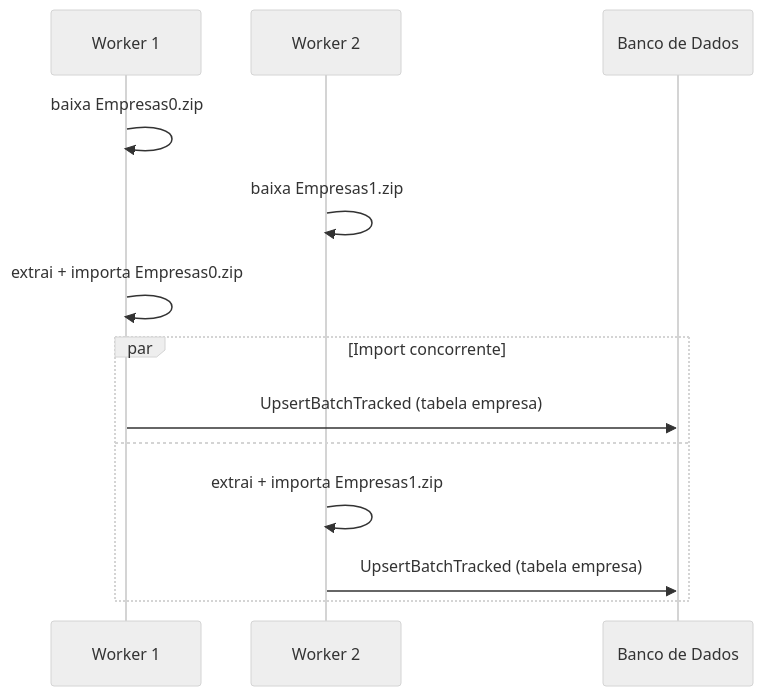
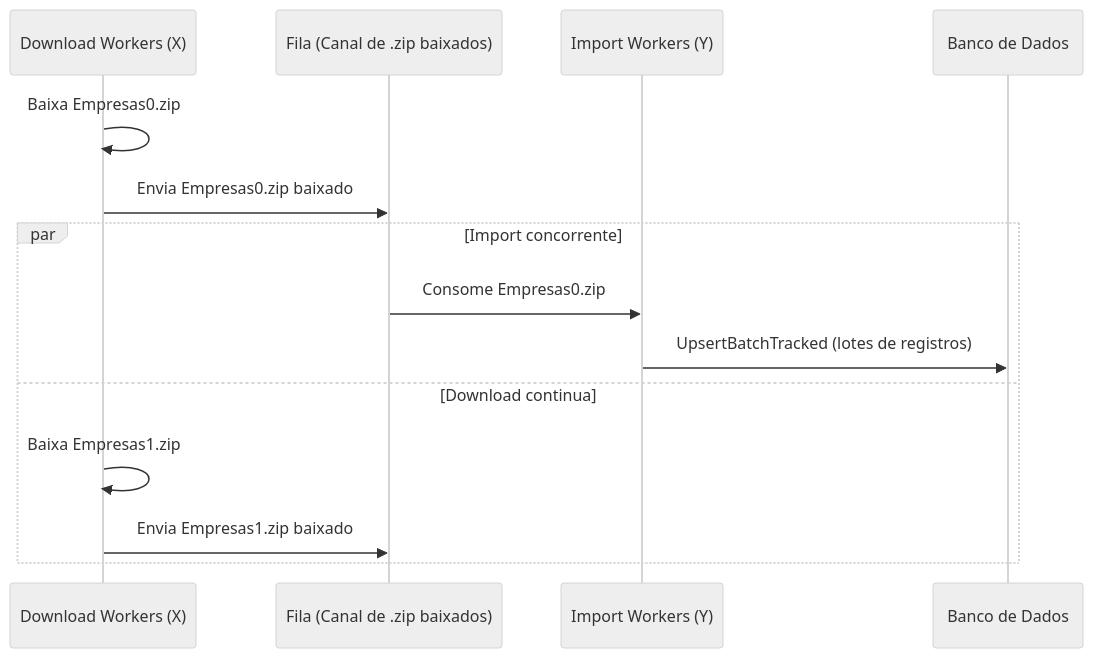
The second of 4 diagrams in docs/ARCHITECTURE.md (leandronunes07/cnpj-rfb), drawn with Mermaid (neutral theme) before and after one commit. The commit also changed other lines of this file and 6 other files, not shown here.

````diff
--- a/docs/ARCHITECTURE.md
+++ b/docs/ARCHITECTURE.md
@@ -27,16 +29,17 @@
 ```mermaid
 sequenceDiagram
-    participant W1 as Worker 1
-    participant W2 as Worker 2
+    participant DW as Download Workers (X)
+    participant Q as Fila (Canal de .zip baixados)
+    participant IW as Import Workers (Y)
     participant DB as Banco de Dados
 
-    W1->>W1: baixa Empresas0.zip
-    W2->>W2: baixa Empresas1.zip
-    W1->>W1: extrai + importa Empresas0.zip
+    DW->>DW: Baixa Empresas0.zip
+    DW->>Q: Envia Empresas0.zip baixado
     par Import concorrente
-        W1->>DB: UpsertBatchTracked (tabela empresa)
-    and
-        W2->>W2: extrai + importa Empresas1.zip
-        W2->>DB: UpsertBatchTracked (tabela empresa)
+        Q->>IW: Consome Empresas0.zip
+        IW->>DB: UpsertBatchTracked (lotes de registros)
+    and Download continua
+        DW->>DW: Baixa Empresas1.zip
+        DW->>Q: Envia Empresas1.zip baixado
     end
 ```
````
